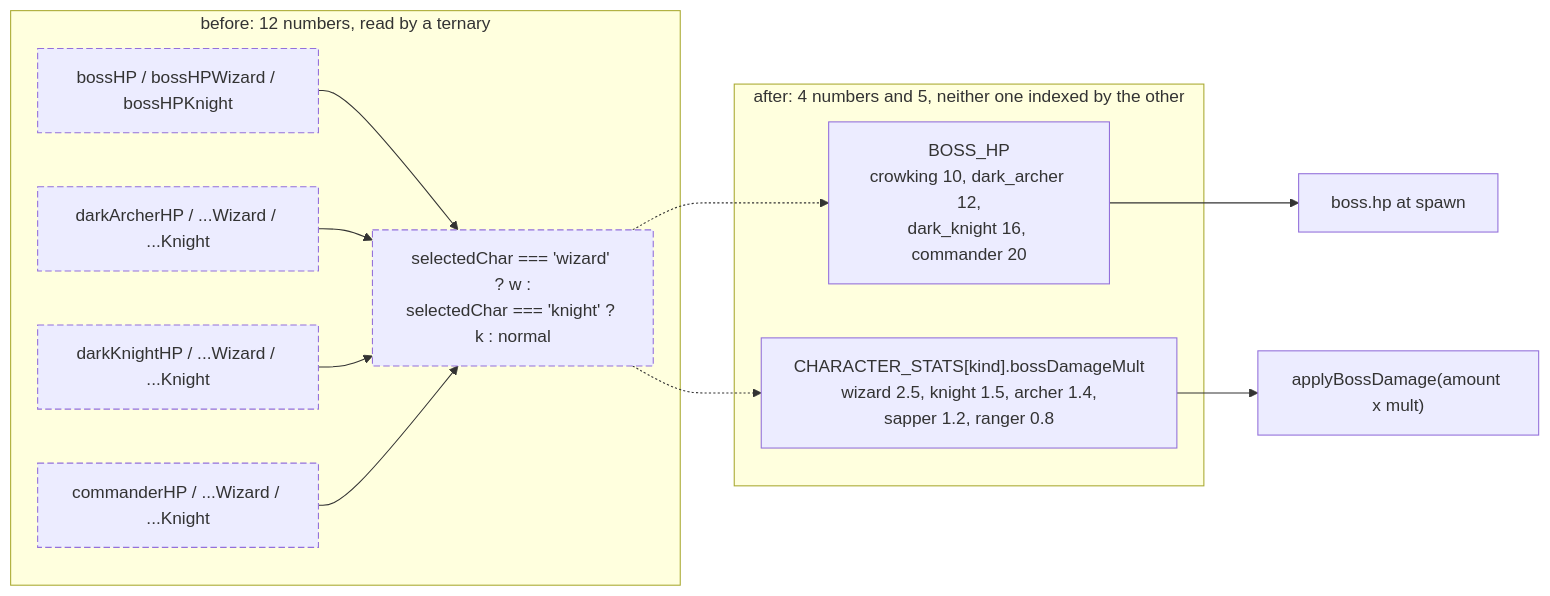
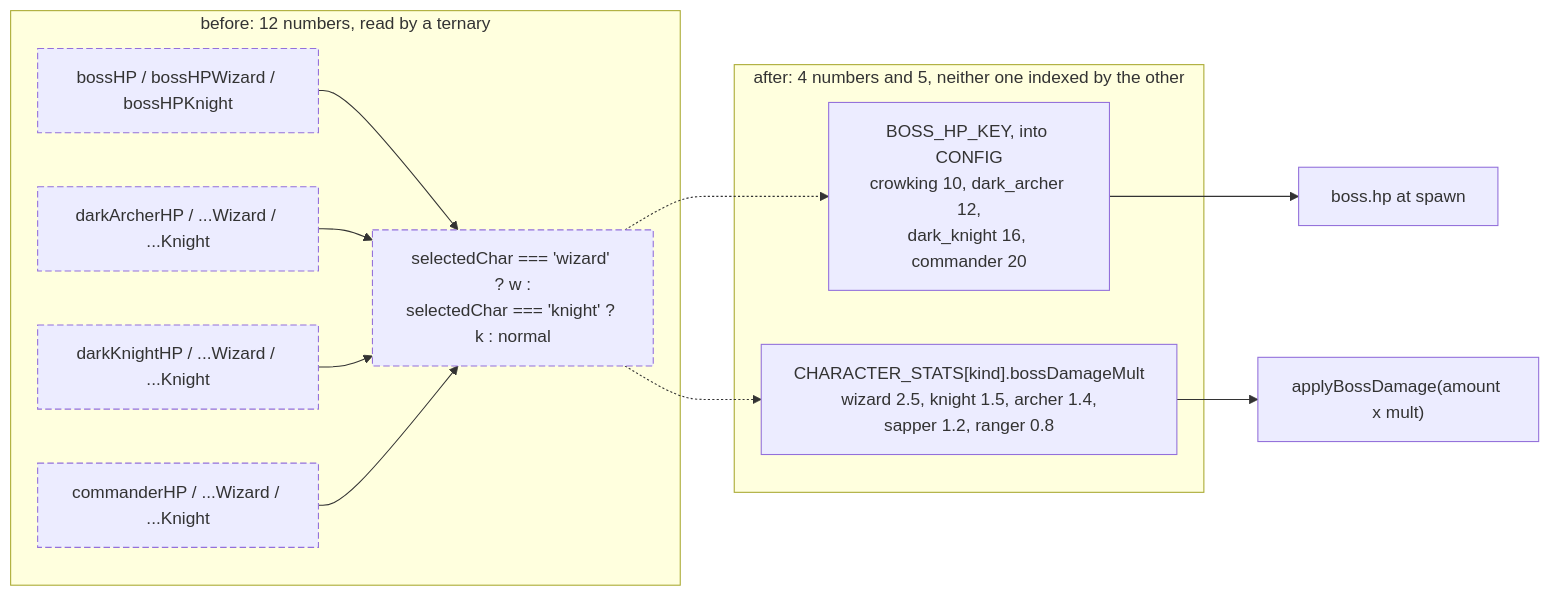
Before and after one commit to MrBisonte/crow-archer: the fifth of 5 diagrams in docs/design-patterns.md, drawn with Mermaid. The commit also changed other lines of this file and 10 other files, not shown here.

````diff
--- a/docs/design-patterns.md
+++ b/docs/design-patterns.md
@@ -537,23 +539,23 @@
 ```mermaid
 flowchart LR
     classDef gone stroke-dasharray:6 3
 
     subgraph BEFORE["before: 12 numbers, read by a ternary"]
         m1["bossHP / bossHPWizard / bossHPKnight"]:::gone
         m2["darkArcherHP / ...Wizard / ...Knight"]:::gone
         m3["darkKnightHP / ...Wizard / ...Knight"]:::gone
         m4["commanderHP / ...Wizard / ...Knight"]:::gone
         tern["selectedChar === 'wizard' ? w :\nselectedChar === 'knight' ? k : normal"]:::gone
         m1 & m2 & m3 & m4 --> tern
     end
 
     subgraph AFTER["after: 4 numbers and 5, neither one indexed by the other"]
-        pools["BOSS_HP\ncrowking 10, dark_archer 12,\ndark_knight 16, commander 20"]
+        pools["BOSS_HP_KEY, into CONFIG\ncrowking 10, dark_archer 12,\ndark_knight 16, commander 20"]
         dials["CHARACTER_STATS[kind].bossDamageMult\nwizard 2.5, knight 1.5, archer 1.4,\nsapper 1.2, ranger 0.8"]
     end
 
     tern -.-> pools
     tern -.-> dials
     pools --> hp["boss.hp at spawn"]
     dials --> dmg["applyBossDamage(amount x mult)"]
 ```
````
